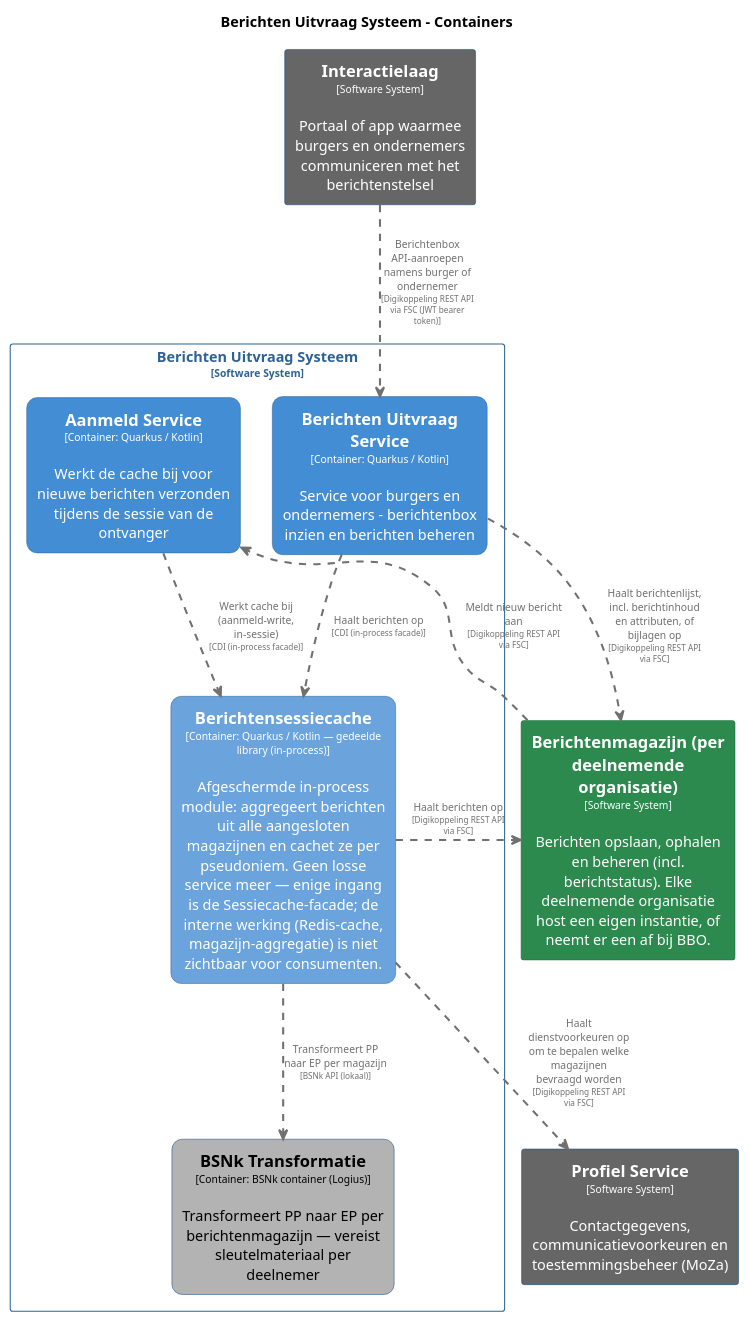
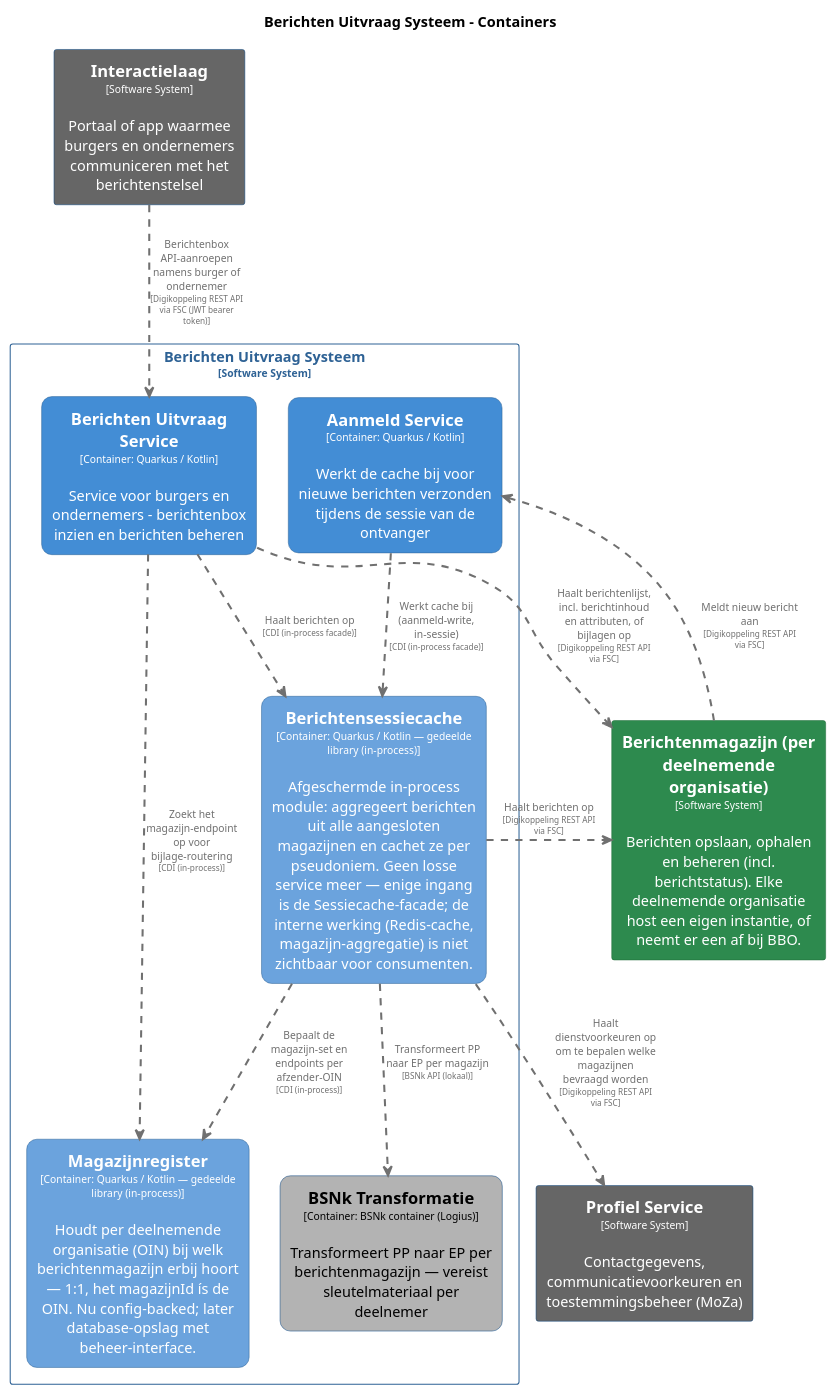
The diagram in master/puml/BerichtenUitvraagSysteemContainers.puml (MinBZK/moza-poc-fbs-berichtenbox), drawn with PlantUML before and after one commit. The commit also changed 37 other files, not shown here.

```diff
--- a/master/puml/BerichtenUitvraagSysteemContainers.puml
+++ b/master/puml/BerichtenUitvraagSysteemContainers.puml
@@ -1,89 +1,99 @@
 @startuml
 set separator none
 title Berichten Uitvraag Systeem - Containers
 
 top to bottom direction
 skinparam ranksep 60
 skinparam nodesep 30
 
 skinparam {
   arrowFontSize 10
   defaultTextAlignment center
   wrapWidth 200
   maxMessageSize 100
 }
 
 hide stereotype
 
 skinparam rectangle<<BerichtenUitvraagSysteem.AanmeldService>> {
   BackgroundColor #438dd5
   FontColor #ffffff
   BorderColor #2e6295
   roundCorner 20
   shadowing false
 }
 skinparam rectangle<<BerichtenUitvraagSysteem.BSNkTransformatie>> {
   BackgroundColor #b3b3b3
   FontColor #000000
   BorderColor #0b4884
   roundCorner 20
   shadowing false
 }
 skinparam rectangle<<BerichtenUitvraagSysteem.BerichtenUitvraagService>> {
   BackgroundColor #438dd5
   FontColor #ffffff
   BorderColor #2e6295
   roundCorner 20
   shadowing false
 }
 skinparam rectangle<<Berichtenmagazijnperdeelnemendeorganisatie>> {
   BackgroundColor #2d8a4e
   FontColor #ffffff
   BorderColor #1e6b38
   shadowing false
 }
 skinparam rectangle<<BerichtenUitvraagSysteem.Berichtensessiecache>> {
   BackgroundColor #6ba3dd
   FontColor #ffffff
   BorderColor #2e6295
   roundCorner 20
   shadowing false
 }
 skinparam rectangle<<Interactielaag>> {
   BackgroundColor #666666
   FontColor #ffffff
   BorderColor #0b4884
   shadowing false
 }
+skinparam rectangle<<BerichtenUitvraagSysteem.Magazijnregister>> {
+  BackgroundColor #6ba3dd
+  FontColor #ffffff
+  BorderColor #2e6295
+  roundCorner 20
+  shadowing false
+}
 skinparam rectangle<<ProfielService>> {
   BackgroundColor #666666
   FontColor #ffffff
   BorderColor #0b4884
   shadowing false
 }
 skinparam rectangle<<BerichtenUitvraagSysteem>> {
   BorderColor #2e6295
   FontColor #2e6295
   shadowing false
 }
 
 rectangle "==Profiel Service\n<size:10>[Software System]</size>\n\nContactgegevens, communicatievoorkeuren en toestemmingsbeheer (MoZa)" <<ProfielService>> as ProfielService
 rectangle "==Interactielaag\n<size:10>[Software System]</size>\n\nPortaal of app waarmee burgers en ondernemers communiceren met het berichtenstelsel" <<Interactielaag>> as Interactielaag
 rectangle "==Berichtenmagazijn (per deelnemende organisatie)\n<size:10>[Software System]</size>\n\nBerichten opslaan, ophalen en beheren (incl. berichtstatus). Elke deelnemende organisatie host een eigen instantie, of neemt er een af bij BBO." <<Berichtenmagazijnperdeelnemendeorganisatie>> as Berichtenmagazijnperdeelnemendeorganisatie
 
 rectangle "Berichten Uitvraag Systeem\n<size:10>[Software System]</size>" <<BerichtenUitvraagSysteem>> {
   rectangle "==Berichtensessiecache\n<size:10>[Container: Quarkus / Kotlin — gedeelde library (in-process)]</size>\n\nAfgeschermde in-process module: aggregeert berichten uit alle aangesloten magazijnen en cachet ze per pseudoniem. Geen losse service meer — enige ingang is de Sessiecache-facade; de interne werking (Redis-cache, magazijn-aggregatie) is niet zichtbaar voor consumenten." <<BerichtenUitvraagSysteem.Berichtensessiecache>> as BerichtenUitvraagSysteem.Berichtensessiecache
   rectangle "==Berichten Uitvraag Service\n<size:10>[Container: Quarkus / Kotlin]</size>\n\nService voor burgers en ondernemers - berichtenbox inzien en berichten beheren" <<BerichtenUitvraagSysteem.BerichtenUitvraagService>> as BerichtenUitvraagSysteem.BerichtenUitvraagService
   rectangle "==BSNk Transformatie\n<size:10>[Container: BSNk container (Logius)]</size>\n\nTransformeert PP naar EP per berichtenmagazijn — vereist sleutelmateriaal per deelnemer" <<BerichtenUitvraagSysteem.BSNkTransformatie>> as BerichtenUitvraagSysteem.BSNkTransformatie
   rectangle "==Aanmeld Service\n<size:10>[Container: Quarkus / Kotlin]</size>\n\nWerkt de cache bij voor nieuwe berichten verzonden tijdens de sessie van de ontvanger" <<BerichtenUitvraagSysteem.AanmeldService>> as BerichtenUitvraagSysteem.AanmeldService
+  rectangle "==Magazijnregister\n<size:10>[Container: Quarkus / Kotlin — gedeelde library (in-process)]</size>\n\nHoudt per deelnemende organisatie (OIN) bij welk berichtenmagazijn erbij hoort — 1:1, het magazijnId ís de OIN. Nu config-backed; later database-opslag met beheer-interface." <<BerichtenUitvraagSysteem.Magazijnregister>> as BerichtenUitvraagSysteem.Magazijnregister
 }
 
+BerichtenUitvraagSysteem.BerichtenUitvraagService .[#707070,thickness=2].> Berichtenmagazijnperdeelnemendeorganisatie : "<color:#707070>Haalt berichtenlijst, incl. berichtinhoud en attributen, of bijlagen op\n<color:#707070><size:8>[Digikoppeling REST API via FSC]</size>"
 Berichtenmagazijnperdeelnemendeorganisatie .[#707070,thickness=2].> BerichtenUitvraagSysteem.AanmeldService : "<color:#707070>Meldt nieuw bericht aan\n<color:#707070><size:8>[Digikoppeling REST API via FSC]</size>"
 BerichtenUitvraagSysteem.Berichtensessiecache .[#707070,thickness=2].> ProfielService : "<color:#707070>Haalt dienstvoorkeuren op om te bepalen welke magazijnen bevraagd worden\n<color:#707070><size:8>[Digikoppeling REST API via FSC]</size>"
 BerichtenUitvraagSysteem.Berichtensessiecache .[#707070,thickness=2].> Berichtenmagazijnperdeelnemendeorganisatie : "<color:#707070>Haalt berichten op\n<color:#707070><size:8>[Digikoppeling REST API via FSC]</size>"
 BerichtenUitvraagSysteem.Berichtensessiecache .[#707070,thickness=2].> BerichtenUitvraagSysteem.BSNkTransformatie : "<color:#707070>Transformeert PP naar EP per magazijn\n<color:#707070><size:8>[BSNk API (lokaal)]</size>"
 BerichtenUitvraagSysteem.AanmeldService .[#707070,thickness=2].> BerichtenUitvraagSysteem.Berichtensessiecache : "<color:#707070>Werkt cache bij (aanmeld-write, in-sessie)\n<color:#707070><size:8>[CDI (in-process facade)]</size>"
 BerichtenUitvraagSysteem.BerichtenUitvraagService .[#707070,thickness=2].> BerichtenUitvraagSysteem.Berichtensessiecache : "<color:#707070>Haalt berichten op\n<color:#707070><size:8>[CDI (in-process facade)]</size>"
+BerichtenUitvraagSysteem.Berichtensessiecache .[#707070,thickness=2].> BerichtenUitvraagSysteem.Magazijnregister : "<color:#707070>Bepaalt de magazijn-set en endpoints per afzender-OIN\n<color:#707070><size:8>[CDI (in-process)]</size>"
+BerichtenUitvraagSysteem.BerichtenUitvraagService .[#707070,thickness=2].> BerichtenUitvraagSysteem.Magazijnregister : "<color:#707070>Zoekt het magazijn-endpoint op voor bijlage-routering\n<color:#707070><size:8>[CDI (in-process)]</size>"
 Interactielaag .[#707070,thickness=2].> BerichtenUitvraagSysteem.BerichtenUitvraagService : "<color:#707070>Berichtenbox API-aanroepen namens burger of ondernemer\n<color:#707070><size:8>[Digikoppeling REST API via FSC (JWT bearer token)]</size>"
-BerichtenUitvraagSysteem.BerichtenUitvraagService .[#707070,thickness=2].> Berichtenmagazijnperdeelnemendeorganisatie : "<color:#707070>Haalt berichtenlijst, incl. berichtinhoud en attributen, of bijlagen op\n<color:#707070><size:8>[Digikoppeling REST API via FSC]</size>"
 @enduml
```
